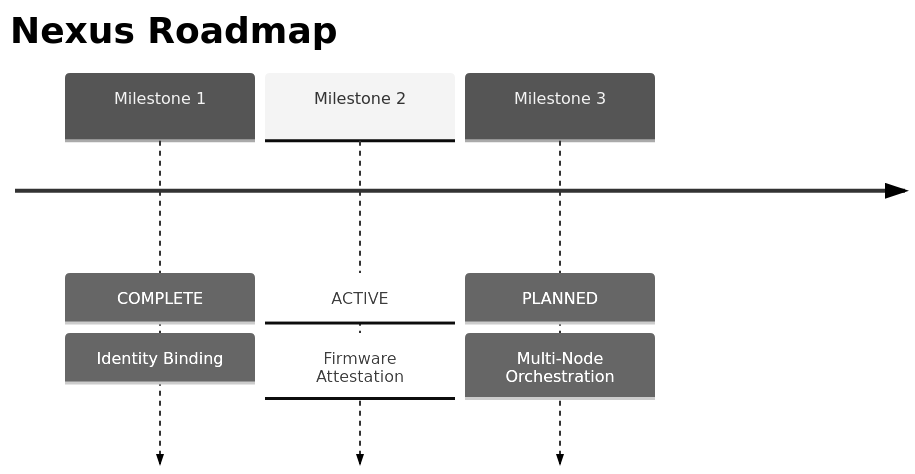
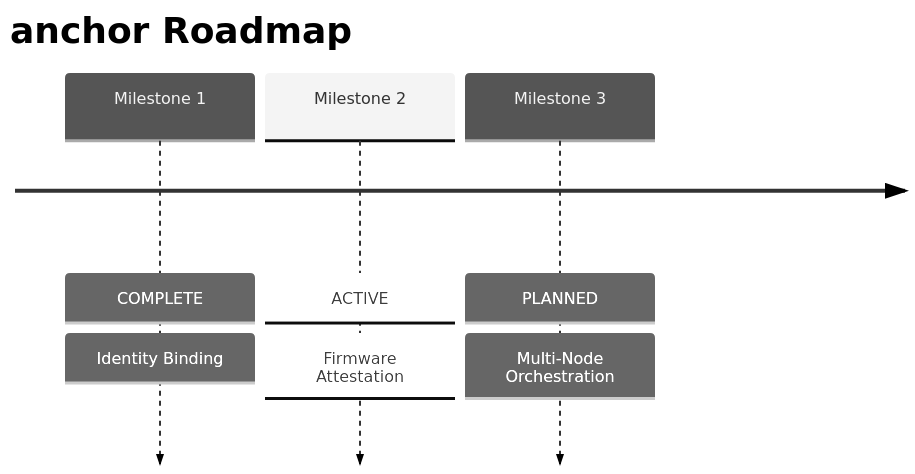
The second of 2 diagrams in docs/MILESTONE_1.md (arhantbarmate/Stylus-Hardware-Anchor), drawn with Mermaid (neutral theme) before and after one commit. The commit also changed other lines of this file and 3272 other files, not shown here.

````diff
--- a/docs/MILESTONE_1.md
+++ b/docs/MILESTONE_1.md
@@ -223,7 +223,7 @@
 ```mermaid
 timeline
-    title Nexus Roadmap
+    title anchor Roadmap
     Milestone 1 : COMPLETE : Identity Binding
     Milestone 2 : ACTIVE : Firmware Attestation
     Milestone 3 : PLANNED : Multi-Node Orchestration
 ```
````
